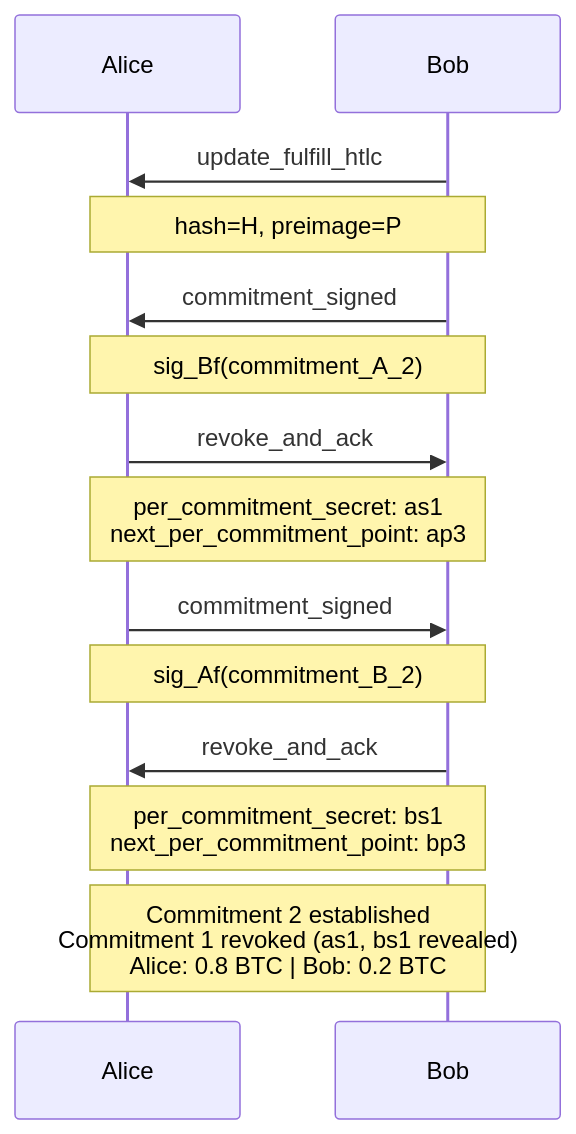
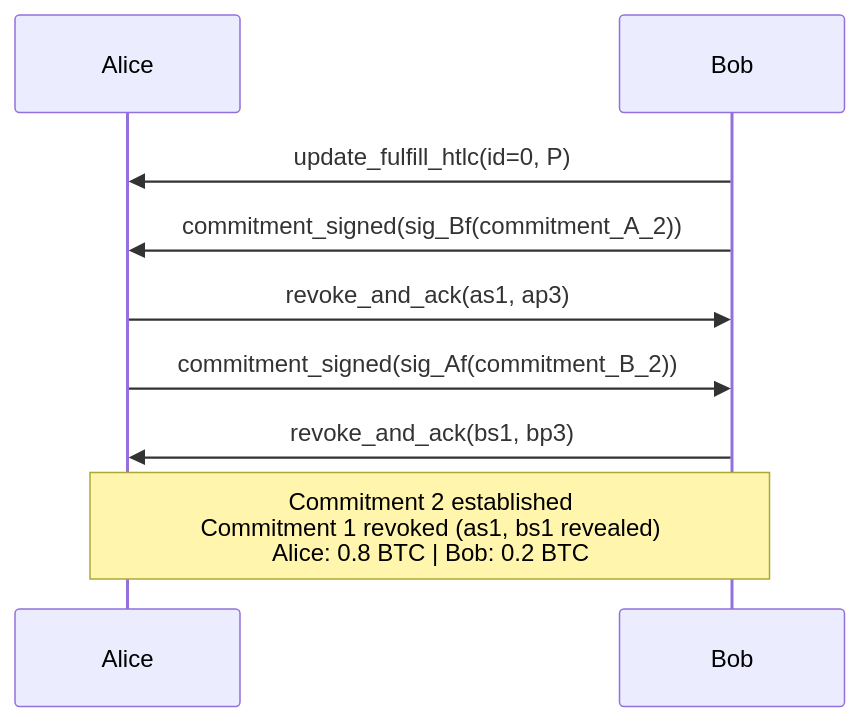
One commit to dukeh3/vls-arch changed the third of 4 diagrams in reference/01-alice-pays-bob.md. Above: the diagram before and after it, drawn with Mermaid. The commit also changed other lines of this file and 4 other files, not shown here.

First line of the commit message:
Add challenges doc, inline params in all diagrams, expand redundancy analysis

````diff
--- a/reference/01-alice-pays-bob.md
+++ b/reference/01-alice-pays-bob.md
@@ -184,22 +164,13 @@
 ```mermaid
 sequenceDiagram
     participant Alice
     participant Bob
 
-    Bob->>Alice: update_fulfill_htlc
-    Note over Alice, Bob: hash=H, preimage=P
-
-    Bob->>Alice: commitment_signed
-    Note over Alice, Bob: sig_Bf(commitment_A_2)
-
-    Alice->>Bob: revoke_and_ack
-    Note over Alice, Bob: per_commitment_secret: as1<br/>next_per_commitment_point: ap3
-
-    Alice->>Bob: commitment_signed
-    Note over Alice, Bob: sig_Af(commitment_B_2)
-
-    Bob->>Alice: revoke_and_ack
-    Note over Alice, Bob: per_commitment_secret: bs1<br/>next_per_commitment_point: bp3
+    Bob->>Alice: update_fulfill_htlc(id=0, P)
+    Bob->>Alice: commitment_signed(sig_Bf(commitment_A_2))
+    Alice->>Bob: revoke_and_ack(as1, ap3)
+    Alice->>Bob: commitment_signed(sig_Af(commitment_B_2))
+    Bob->>Alice: revoke_and_ack(bs1, bp3)
 
     Note over Alice, Bob: Commitment 2 established<br/>Commitment 1 revoked (as1, bs1 revealed)<br/>Alice: 0.8 BTC | Bob: 0.2 BTC
 ```
````
